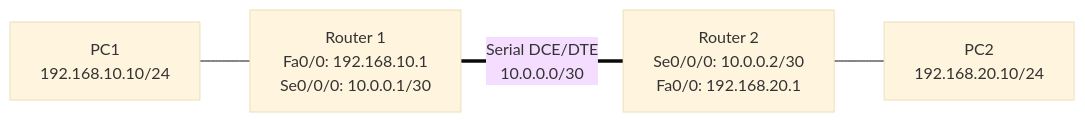
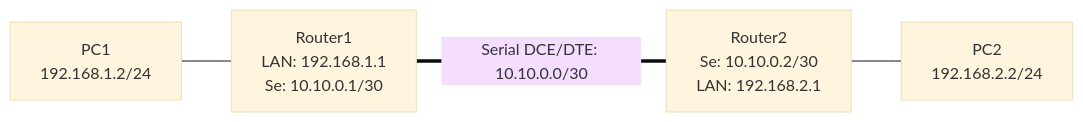
The sixth of 9 diagrams in README.md (ertval/deep-in-net), drawn with Mermaid (base theme) before and after one commit. The commit also changed other lines of this file and 13 other files, not shown here.

````diff
--- a/README.md
+++ b/README.md
@@ -652,6 +606,6 @@
 ```mermaid
 graph LR
-    PC1["PC1<br/>192.168.10.10/24"] --- R1["Router 1<br/>Fa0/0: 192.168.10.1<br/>Se0/0/0: 10.0.0.1/30"]
-    R1 ===|Serial DCE/DTE<br/>10.0.0.0/30| R2["Router 2<br/>Se0/0/0: 10.0.0.2/30<br/>Fa0/0: 192.168.20.1"]
-    R2 --- PC2["PC2<br/>192.168.20.10/24"]
+    PC1["PC1<br/>192.168.1.2/24"] --- R1["Router1<br/>LAN: 192.168.1.1<br/>Se: 10.10.0.1/30"]
+    R1 ===|Serial DCE/DTE: 10.10.0.0/30| R2["Router2<br/>Se: 10.10.0.2/30<br/>LAN: 192.168.2.1"]
+    R2 --- PC2["PC2<br/>192.168.2.2/24"]
 ```
````
